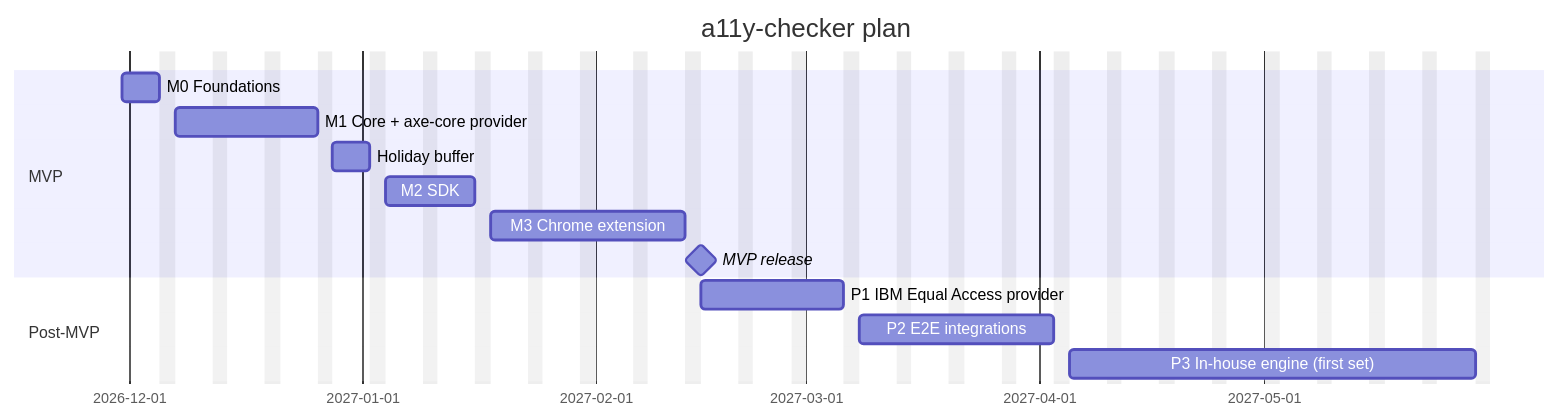
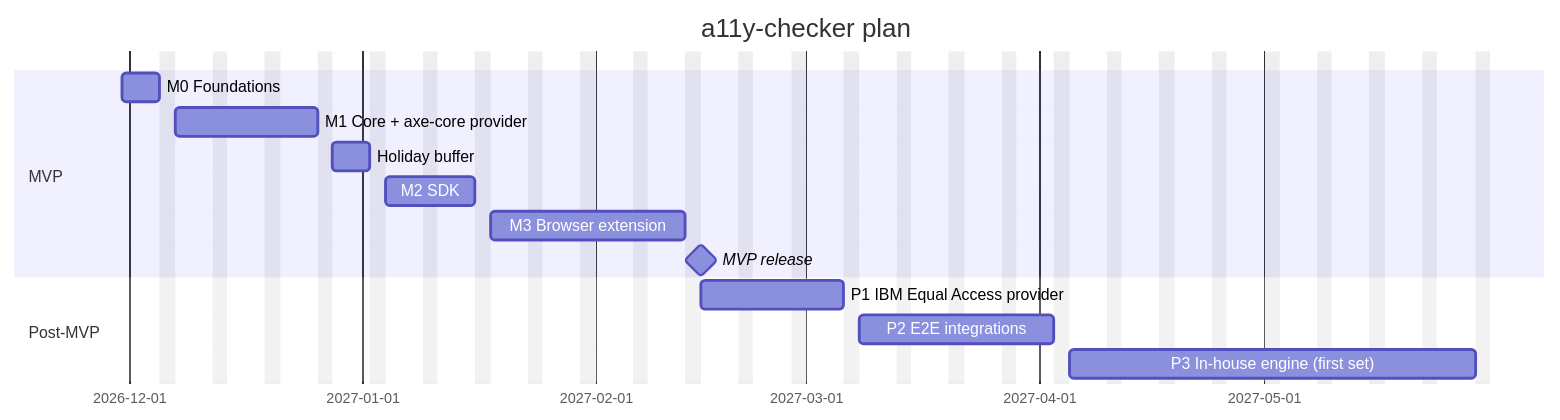
The diagram in ROADMAP/2026-11-26/overview.md (jgermade/a11y-checker), drawn with Mermaid before and after one commit. The commit also changed other lines of this file and 27 other files, not shown here.

````diff
--- a/ROADMAP/2026-11-26/overview.md
+++ b/ROADMAP/2026-11-26/overview.md
@@ -41,17 +41,17 @@
 ```mermaid
 gantt
     title a11y-checker plan
     dateFormat YYYY-MM-DD
     excludes weekends
     section MVP
     M0 Foundations                 :m0, 2026-11-30, 5d
     M1 Core + axe-core provider    :m1, after m0, 15d
     Holiday buffer                 :hb, after m1, 5d
     M2 SDK                         :m2, after hb, 10d
-    M3 Chrome extension            :m3, after m2, 20d
+    M3 Browser extension           :m3, after m2, 20d
     MVP release                    :milestone, mvp, after m3, 0d
     section Post-MVP
     P1 IBM Equal Access provider   :p1, after m3, 15d
     P2 E2E integrations            :p2, after p1, 20d
     P3 In-house engine (first set) :p3, after p2, 40d
 ```
````
